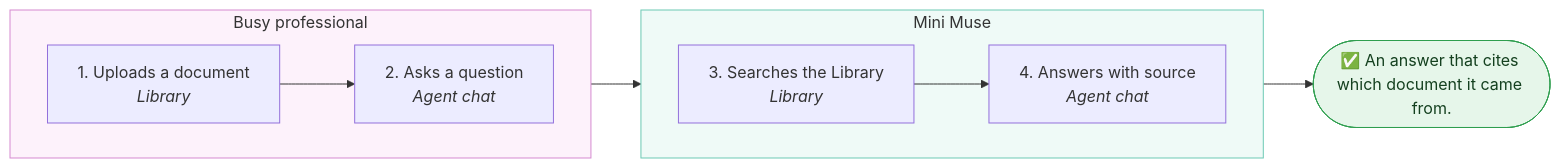
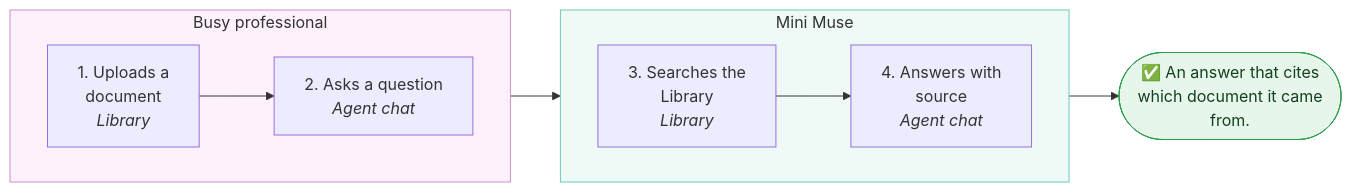
One commit to lngsa1234/mini-muse-mvp changed the fourth of 6 diagrams in docs/product/baseline.md. Above: the diagram before and after it, drawn with Mermaid. The commit also changed other lines of this file, not shown here.

First line of the commit message:
docs: compact journey diagram labels (AgentForge plugin 0.4.3)

````diff
--- a/docs/product/baseline.md
+++ b/docs/product/baseline.md
@@ -190,23 +190,23 @@
 ```mermaid
 flowchart LR
   subgraph user_lane["Busy professional"]
     direction LR
-    s1["1. Uploads a document<br/><i>Library</i>"]
+    s1["1. Uploads a<br/>document<br/><i>Library</i>"]
     s2["2. Asks a question<br/><i>Agent chat</i>"]
   end
   subgraph agent_lane["Mini Muse"]
     direction LR
-    s3["3. Searches the Library<br/><i>Library</i>"]
-    s4["4. Answers with source<br/><i>Agent chat</i>"]
+    s3["3. Searches the<br/>Library<br/><i>Library</i>"]
+    s4["4. Answers with<br/>source<br/><i>Agent chat</i>"]
   end
   s1 --> s2
   s2 --> s3
   s3 --> s4
-  done(["✅ An answer that cites which document it came from."])
+  done(["✅ An answer that cites<br/>which document it came<br/>from."])
   s4 --> done
   classDef approval fill:#fff4e0,stroke:#d18a1f,color:#5c3a00
   classDef outcome fill:#e6f6ea,stroke:#2f9e4f,color:#14401f
   style user_lane fill:#fdf2fb,stroke:#d58ad0
   style agent_lane fill:#effaf7,stroke:#6cc9b4
   class done outcome
 ```
````
